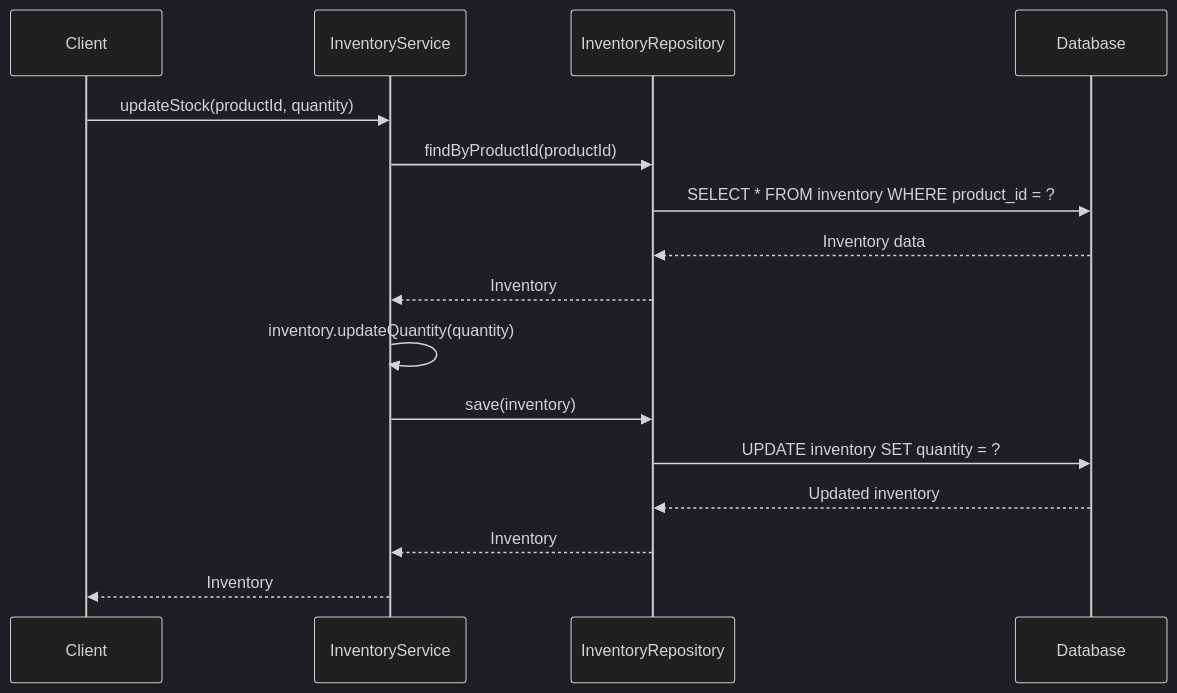
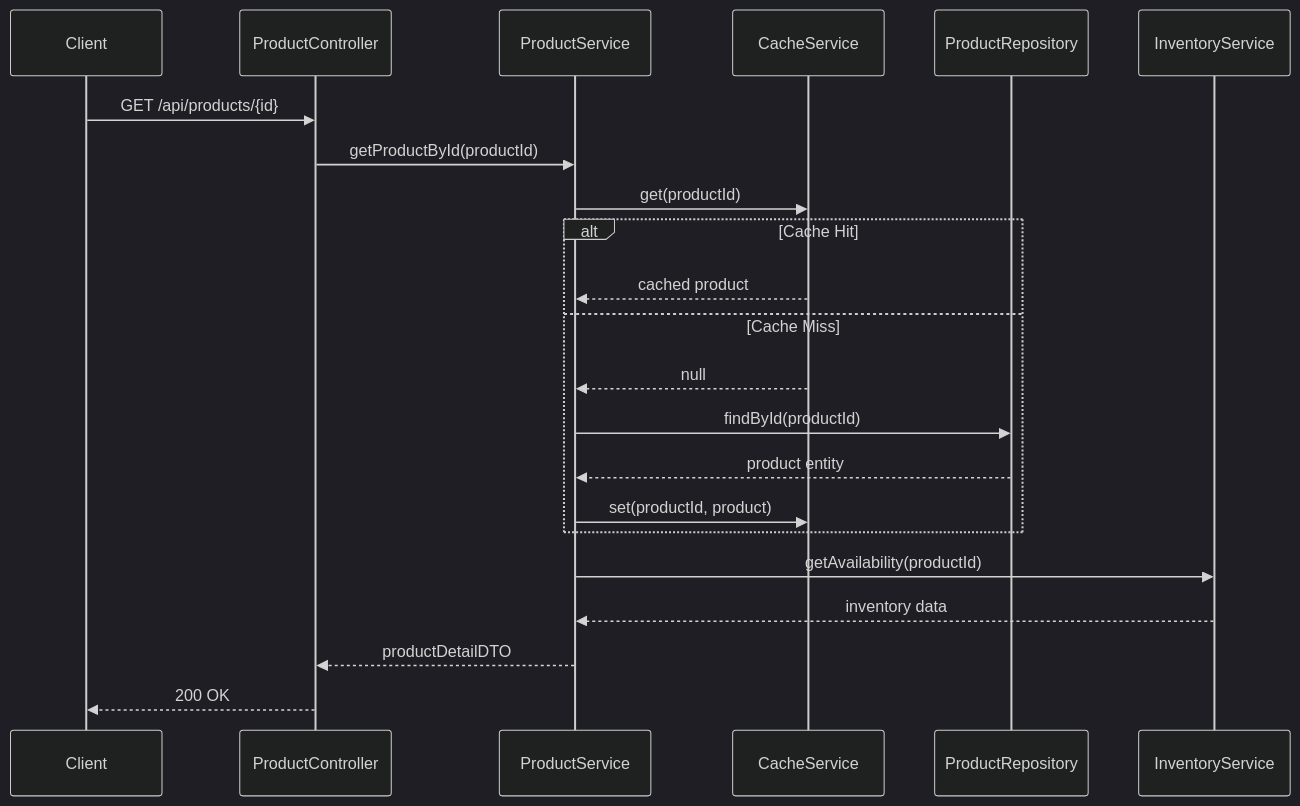
Before and after one commit to NavneetBN47/aava-ecom-demo: the ninth of 13 diagrams in docs/LLD/modified_lld.md, drawn with Mermaid (dark theme). The commit also changed other lines of this file, not shown here.

````diff
--- a/docs/LLD/modified_lld.md
+++ b/docs/LLD/modified_lld.md
@@ -459,20 +455,25 @@
 ```mermaid
 sequenceDiagram
     participant Client
+    participant ProductController
+    participant ProductService
+    participant CacheService
+    participant ProductRepository
     participant InventoryService
-    participant InventoryRepository
-    participant Database
 
-    Client->>InventoryService: updateStock(productId, quantity)
-    InventoryService->>InventoryRepository: findByProductId(productId)
-    InventoryRepository->>Database: SELECT * FROM inventory WHERE product_id = ?
-    Database-->>InventoryRepository: Inventory data
-    InventoryRepository-->>InventoryService: Inventory
-    
-    InventoryService->>InventoryService: inventory.updateQuantity(quantity)
-    InventoryService->>InventoryRepository: save(inventory)
-    InventoryRepository->>Database: UPDATE inventory SET quantity = ?
-    Database-->>InventoryRepository: Updated inventory
-    InventoryRepository-->>InventoryService: Inventory
-    InventoryService-->>Client: Inventory
+    Client->>ProductController: GET /api/products/{id}
+    ProductController->>ProductService: getProductById(productId)
+    ProductService->>CacheService: get(productId)
+    alt Cache Hit
+        CacheService-->>ProductService: cached product
+    else Cache Miss
+        CacheService-->>ProductService: null
+        ProductService->>ProductRepository: findById(productId)
+        ProductRepository-->>ProductService: product entity
+        ProductService->>CacheService: set(productId, product)
+    end
+    ProductService->>InventoryService: getAvailability(productId)
+    InventoryService-->>ProductService: inventory data
+    ProductService-->>ProductController: productDetailDTO
+    ProductController-->>Client: 200 OK
 ```
````
